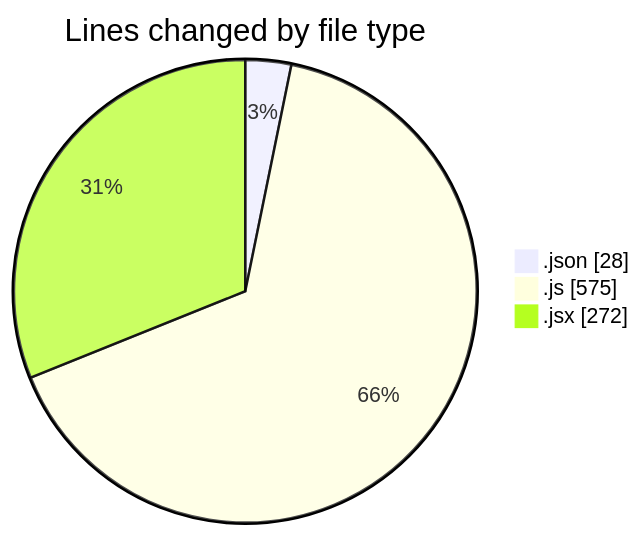
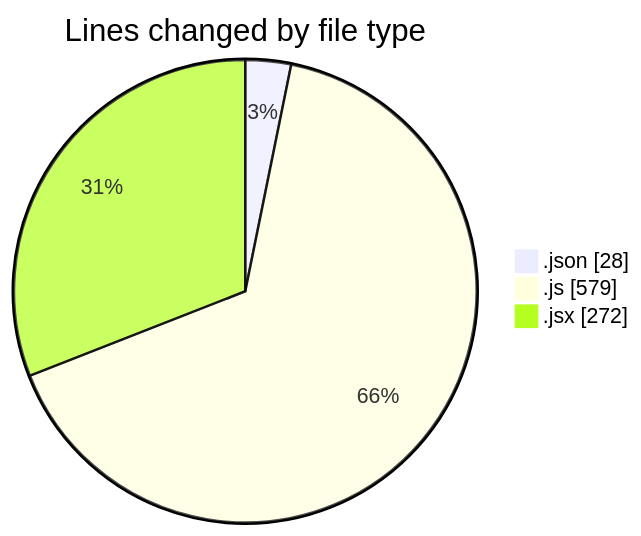
One commit to becaeroporto-bot/code-tracking changed the first of 2 diagrams in 2026-02-21/bot_i_a/README.md. Above: the diagram before and after it, drawn with Mermaid. The commit also changed other lines of this file and 1 other file, not shown here.

````diff
--- a/2026-02-21/bot_i_a/README.md
+++ b/2026-02-21/bot_i_a/README.md
@@ -25,7 +26,7 @@
 ```mermaid
 pie showData
 title Lines changed by file type
 ".json" : 28
-".js" : 575
+".js" : 579
 ".jsx" : 272
 ```
````
